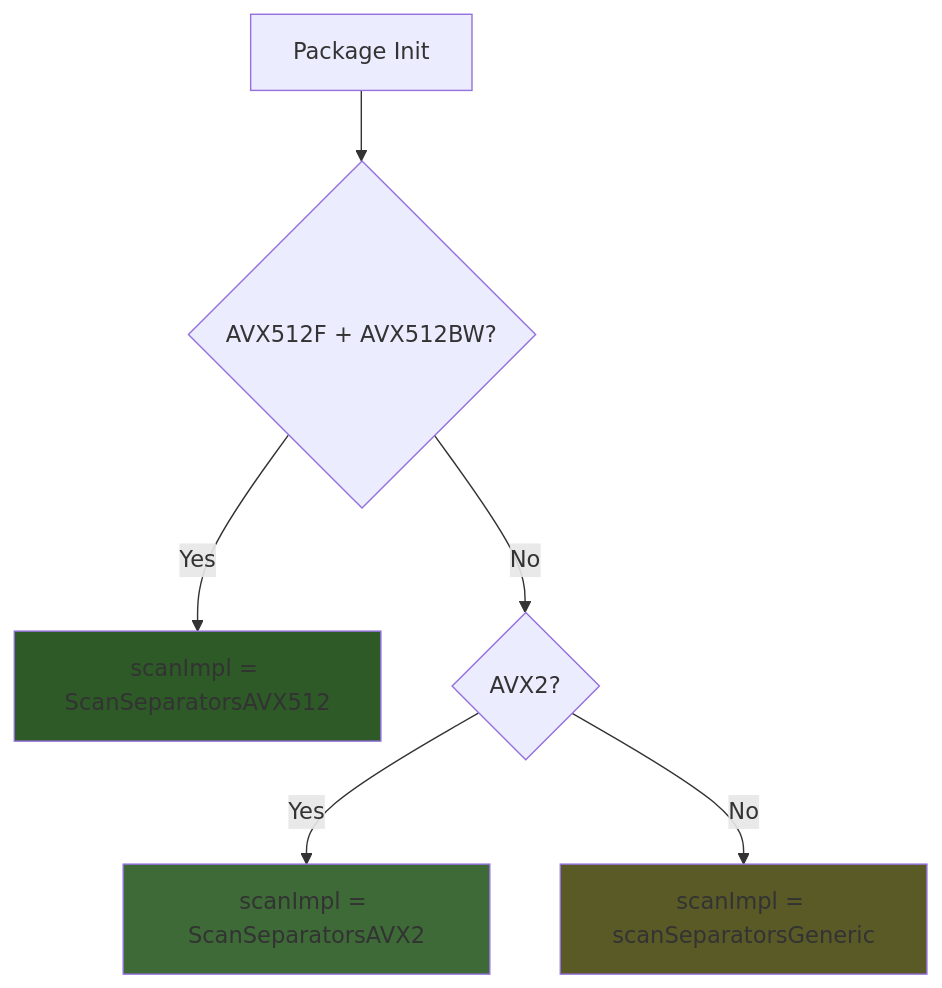
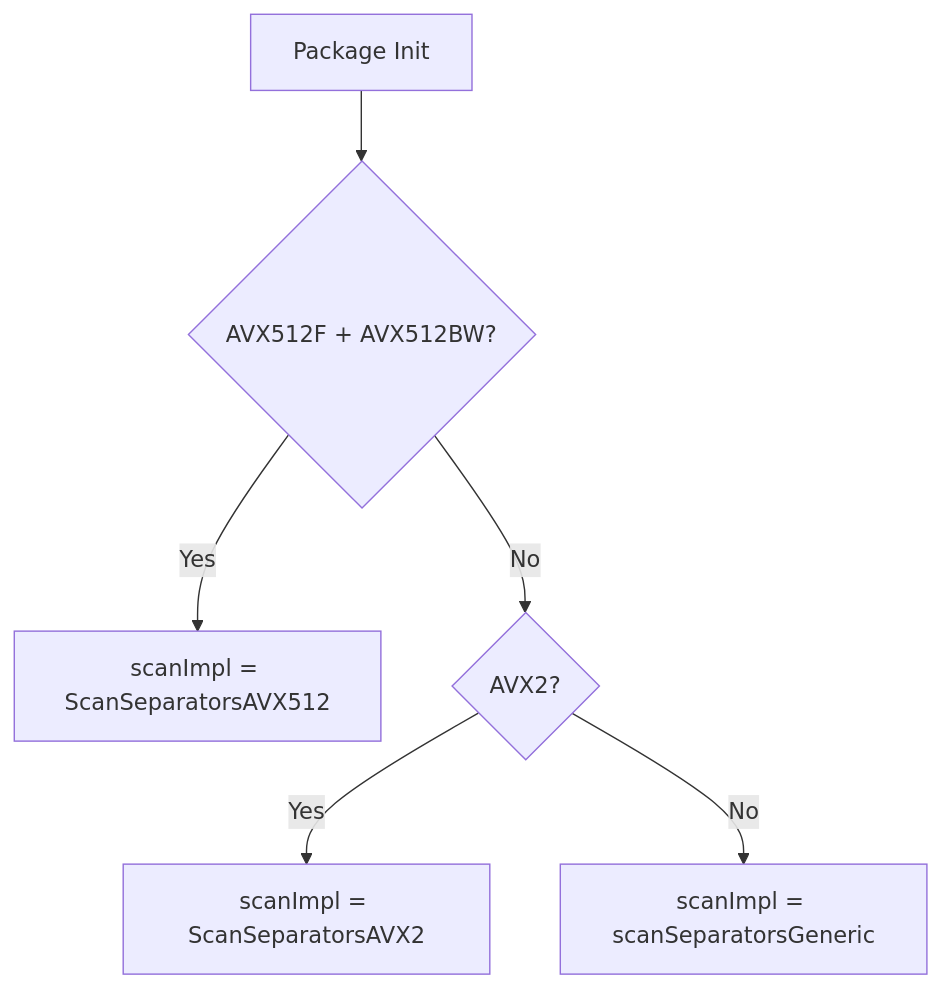
Before and after one commit to entreya/csvquery-docs: the first of 3 diagrams in src/content/docs/api-reference/go/simd.mdx, drawn with Mermaid. The commit also changed other lines of this file and 24 other files, not shown here.

Commit message:
docs: revert inline TOC, fix Mermaid diagrams, navigation, and margins

````diff
--- a/src/content/docs/api-reference/go/simd.mdx
+++ b/src/content/docs/api-reference/go/simd.mdx
@@ -16,12 +17,10 @@
 ```mermaid
 flowchart TB
     A[Package Init] --> B{AVX512F + AVX512BW?}
     B -->|Yes| C[scanImpl = ScanSeparatorsAVX512]
     B -->|No| D{AVX2?}
     D -->|Yes| E[scanImpl = ScanSeparatorsAVX2]
     D -->|No| F[scanImpl = scanSeparatorsGeneric]
     
-    style C fill:#2d5a27
-    style E fill:#3d6a37
-    style F fill:#5a5a27
+
 ```
````
